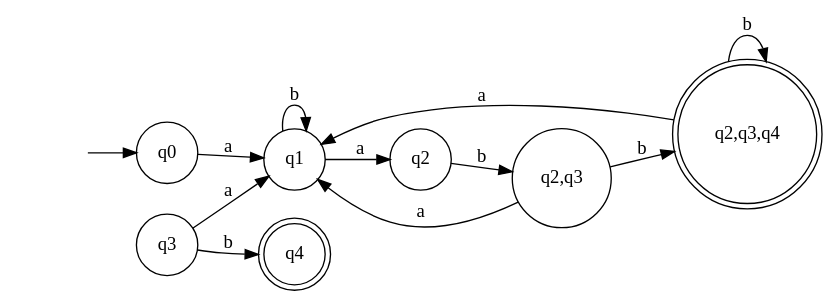
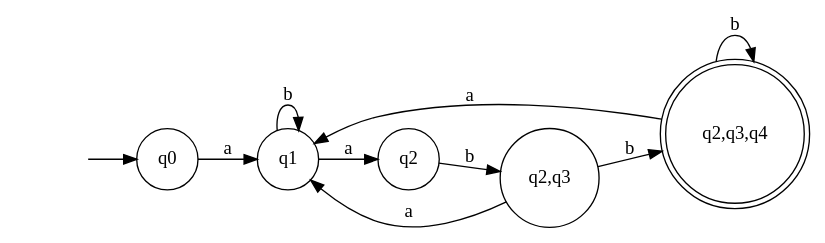
Before and after one commit to KaBoomKaBoom/DSL-Labs: the diagram in Lab2/DFA.gv, drawn with Graphviz. The commit also changed 2 other files, not shown here.

```diff
--- a/Lab2/DFA.gv
+++ b/Lab2/DFA.gv
@@ -1,22 +1,18 @@
 digraph DFA {
 	graph [rankdir=LR]
 	"" [label="" shape=plaintext]
 	"q2,q3,q4" [label="q2,q3,q4" shape=doublecircle]
-	q4 [label=q4 shape=doublecircle]
 	q0 [label=q0 shape=circle]
 	q1 [label=q1 shape=circle]
 	q2 [label=q2 shape=circle]
-	q3 [label=q3 shape=circle]
 	"q2,q3" [label="q2,q3" shape=circle]
 	"" -> q0 [label=""]
 	q0 -> q1 [label=a]
 	q1 -> q2 [label=a]
 	q1 -> q1 [label=b]
 	q2 -> "q2,q3" [label=b]
-	q3 -> q1 [label=a]
-	q3 -> q4 [label=b]
 	"q2,q3" -> q1 [label=a]
 	"q2,q3" -> "q2,q3,q4" [label=b]
 	"q2,q3,q4" -> q1 [label=a]
 	"q2,q3,q4" -> "q2,q3,q4" [label=b]
 }
```
